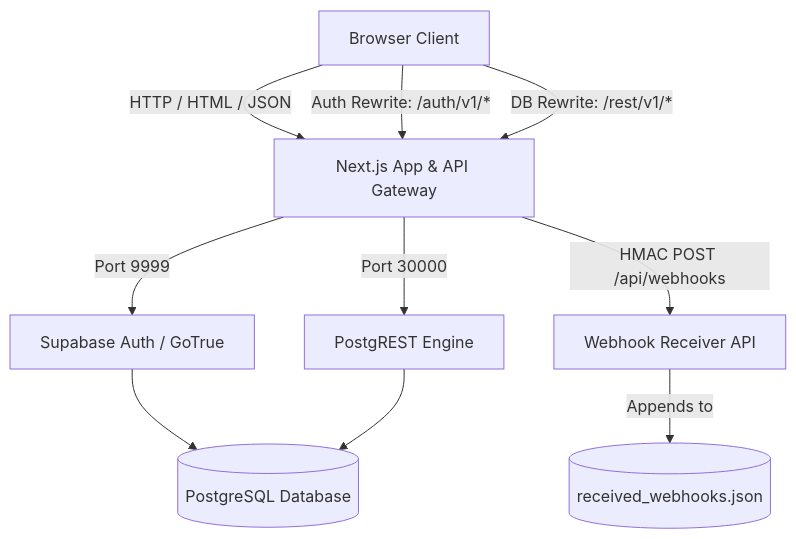
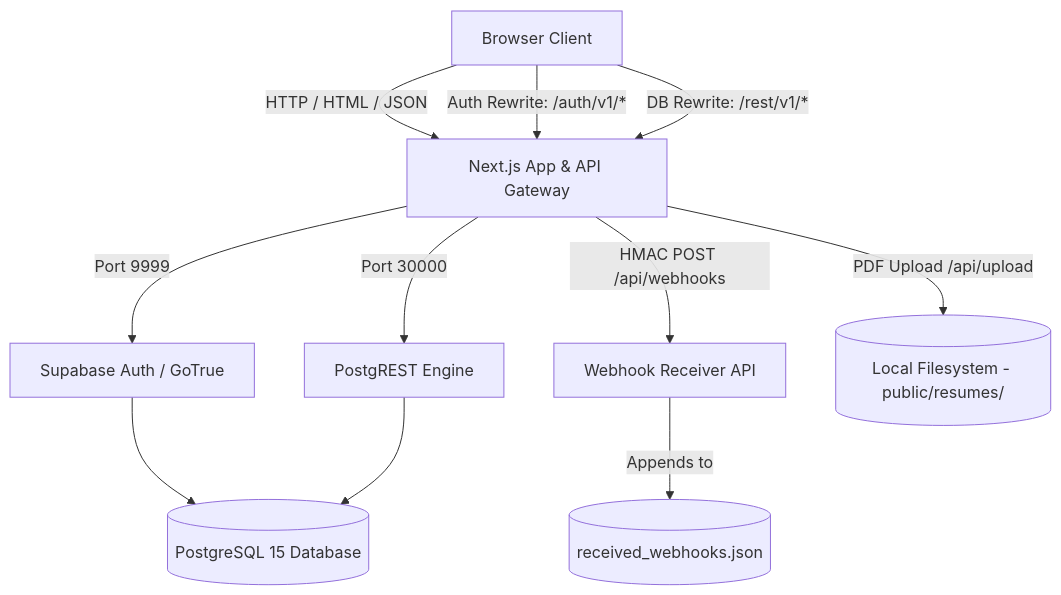
Before and after one commit to allantaveras/horizon-recruiting-platform-qa-playground: the first of 2 diagrams in README.md, drawn with Mermaid. The commit also changed other lines of this file and 14 other files, not shown here.

Commit message:
feat: add resume upload API, comprehensive README documentation, and refined test suite

````diff
--- a/README.md
+++ b/README.md
@@ -38,19 +96,21 @@
 ```mermaid
 graph TD
     Client[Browser Client]
     NextJS[Next.js App & API Gateway]
     GoTrue[Supabase Auth / GoTrue]
     PostgREST[PostgREST Engine]
-    Postgres[(PostgreSQL Database)]
+    Postgres[(PostgreSQL 15 Database)]
     WebhookReceiver[Webhook Receiver API]
+    FileStore[(Local Filesystem - public/resumes/)]
 
     Client -->|HTTP / HTML / JSON| NextJS
     Client -->|Auth Rewrite: /auth/v1/*| NextJS
     Client -->|DB Rewrite: /rest/v1/*| NextJS
     NextJS -->|Port 9999| GoTrue
     NextJS -->|Port 30000| PostgREST
     GoTrue --> Postgres
     PostgREST --> Postgres
     NextJS -->|HMAC POST /api/webhooks| WebhookReceiver
     WebhookReceiver -->|Appends to| JSONLogs[(received_webhooks.json)]
+    NextJS -->|PDF Upload /api/upload| FileStore
 ```
````
